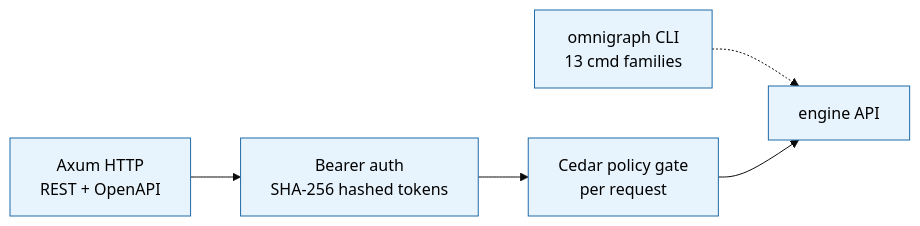
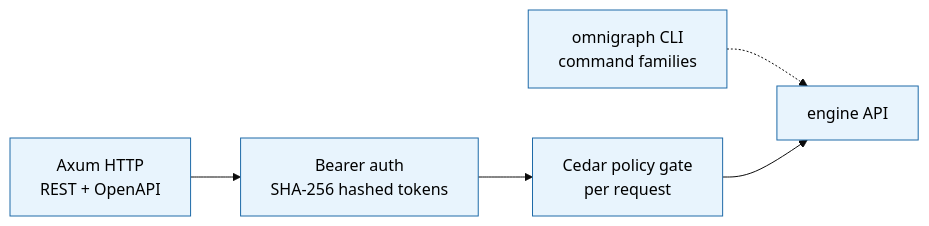
Before and after one commit to ModernRelay/omnigraph: the seventh of 7 diagrams in docs/architecture.md, drawn with Mermaid (base theme). The commit also changed 1 other file, not shown here.

Commit message:
docs: post-merge code-review fixes (Cursor + cubic on PR #60 era)
Two factual mismatches caught during code-grounded re-review:

- docs/architecture.md: "13 cmd families" was stale — the CLI has 17
  Command variants (Version, Embed, Init, Load, Ingest, Branch, Schema,
  Query, Snapshot, Export, Run, Commit, Read, Change, Policy, Optimize,
  Cleanup). Replaced the count with "command families" so the diagram
  doesn't drift again.

- docs/execution.md: the mutation prose said "every mutation runs on a
  fresh __run__<id> branch", which over-claims. mutation.rs:555 short-
  circuits when the target is already a __run__ branch — the assumption
  there is the caller is managing the surrounding run lifecycle. Added a
  one-paragraph caveat noting the exception with the file:line citation.

Both diagrams unchanged; only annotations / counts adjusted.

````diff
--- a/docs/architecture.md
+++ b/docs/architecture.md
@@ -224,13 +224,13 @@
 ```mermaid
 flowchart LR
     classDef l2 fill:#e8f4fd,stroke:#1e6aa8,color:#000
 
-    cli[omnigraph CLI<br/>13 cmd families]:::l2
+    cli[omnigraph CLI<br/>command families]:::l2
     srv_in[Axum HTTP<br/>REST + OpenAPI]:::l2
     auth[Bearer auth<br/>SHA-256 hashed tokens]:::l2
     pol[Cedar policy gate<br/>per request]:::l2
     eng[engine API]:::l2
 
     cli -.-> eng
     srv_in --> auth --> pol --> eng
 ```
````
